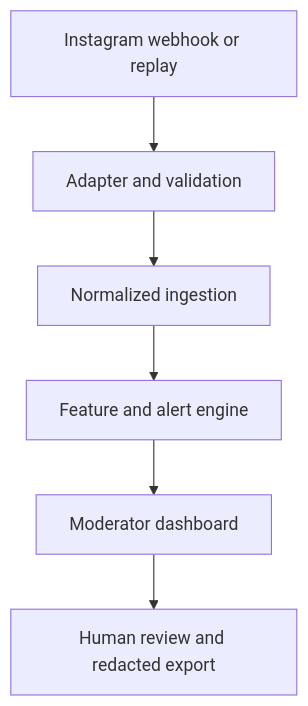
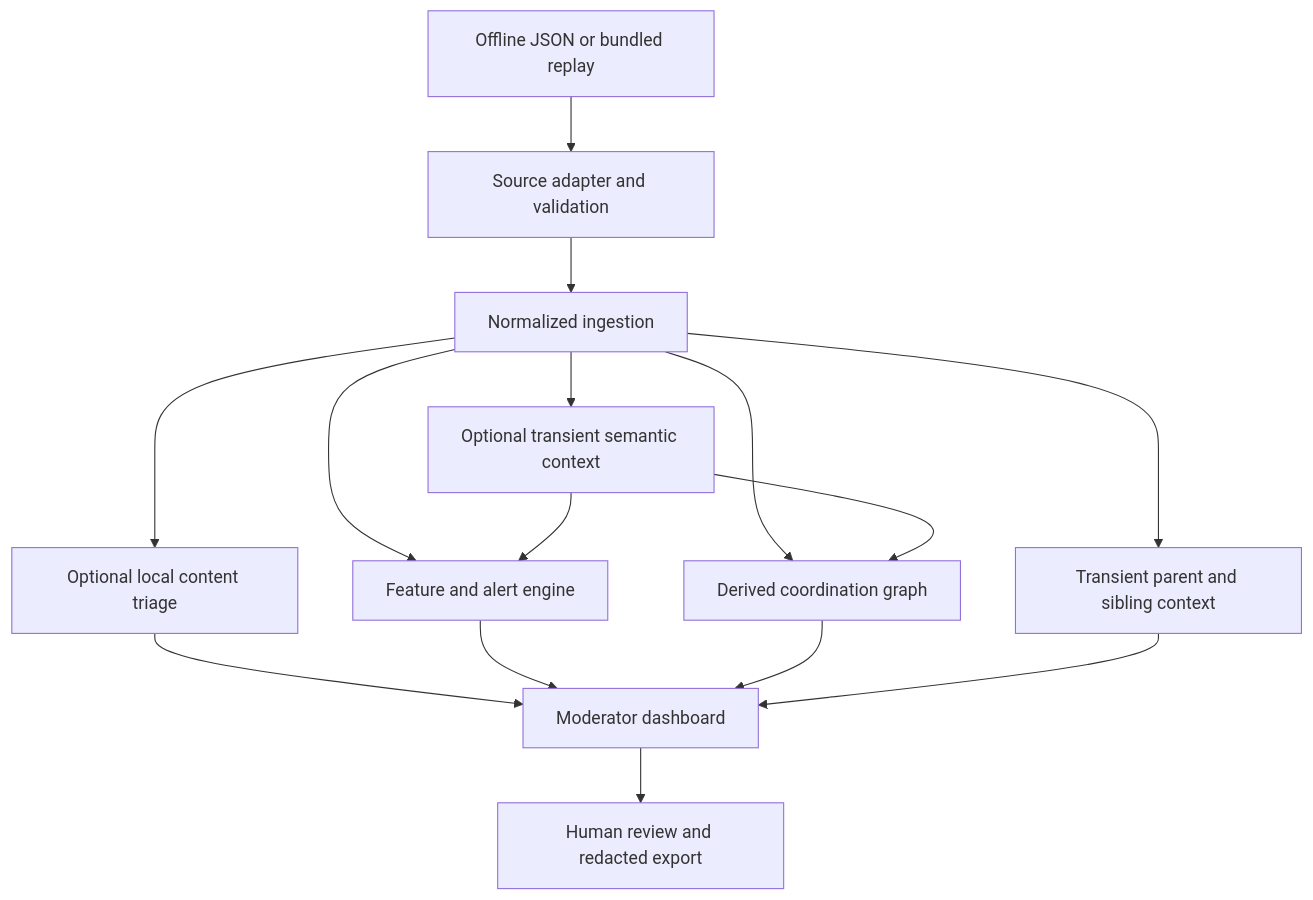
One commit to mghanem4/RaidShield changed the diagram in docs/ARCHITECTURE.md. Above: the diagram before and after it, drawn with Mermaid. The commit also changed other lines of this file and 57 other files, not shown here.

Commit message:
Pivot RaidShield to offline semantic coordination analysis

````diff
--- a/docs/ARCHITECTURE.md
+++ b/docs/ARCHITECTURE.md
@@ -3,8 +3,17 @@
 ```mermaid
 flowchart TD
-    A[Instagram webhook or replay] --> B[Adapter and validation]
+    A[Offline JSON or bundled replay] --> B[Source adapter and validation]
     B --> C[Normalized ingestion]
+    C --> G[Optional local content triage]
     C --> D[Feature and alert engine]
+    C --> H[Derived coordination graph]
+    C --> I[Transient parent and sibling context]
+    C --> J[Optional transient semantic context]
+    G --> E
     D --> E[Moderator dashboard]
+    H --> E
+    I --> E
+    J --> D
+    J --> H
     E --> F[Human review and redacted export]
 ```
````
